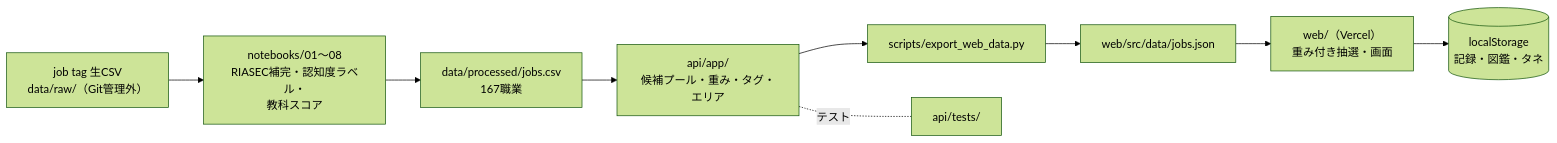
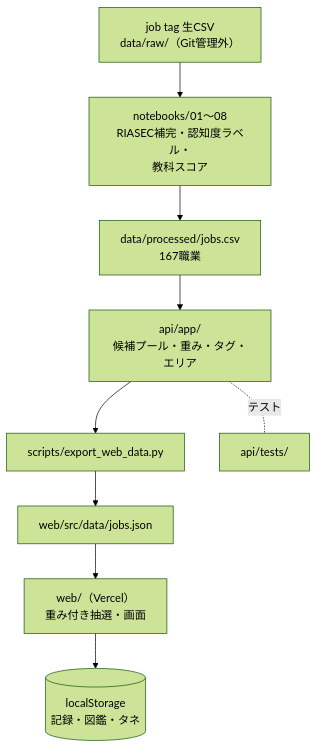
One commit to Soma2028/yumetane changed the diagram in README.md. Above: the diagram before and after it, drawn with Mermaid (forest theme).

Commit message:
READMEのデータの流れの図を縦向きにする
横一列だとREADMEの幅で文字が小さく読みにくかったため。

````diff
--- a/README.md
+++ b/README.md
@@ -139,11 +139,11 @@
 ```mermaid
-flowchart LR
+flowchart TD
   raw["job tag 生CSV<br/>data/raw/（Git管理外）"] --> nb["notebooks/01〜08<br/>RIASEC補完・認知度ラベル・<br/>教科スコア"]
   nb --> csv["data/processed/jobs.csv<br/>167職業"]
   csv --> logic["api/app/<br/>候補プール・重み・タグ・エリア"]
   logic --> export["scripts/export_web_data.py"]
   export --> json["web/src/data/jobs.json"]
   json --> web["web/（Vercel）<br/>重み付き抽選・画面"]
   web --> ls[("localStorage<br/>記録・図鑑・タネ")]
   logic -. テスト .- tests["api/tests/"]
 ```
````
